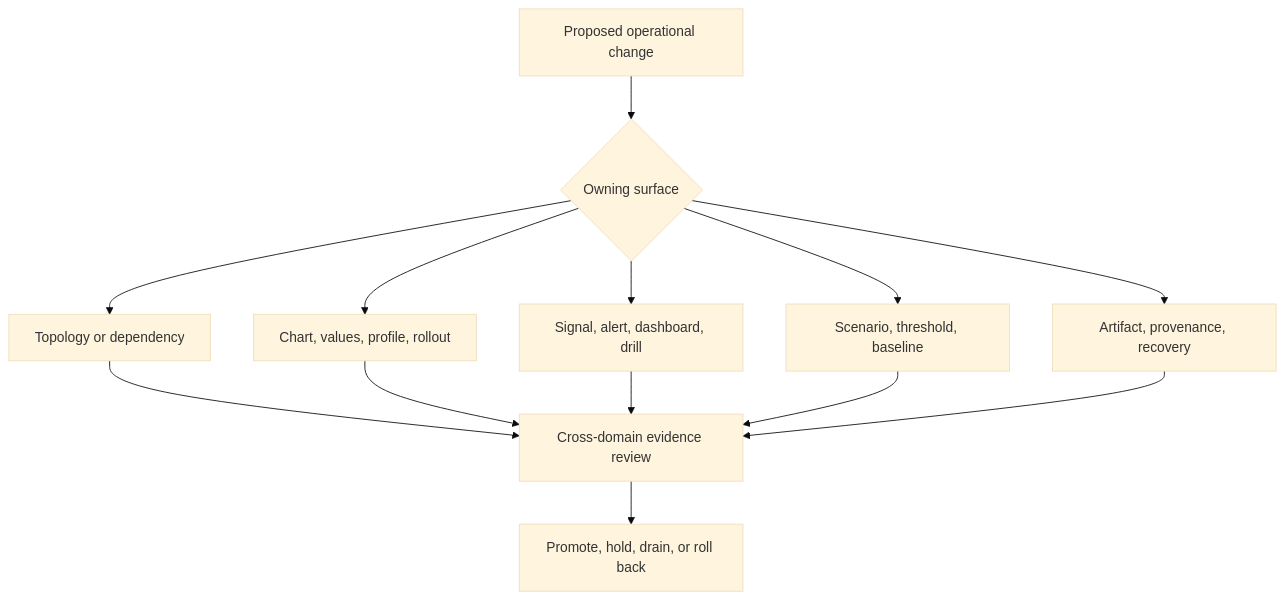
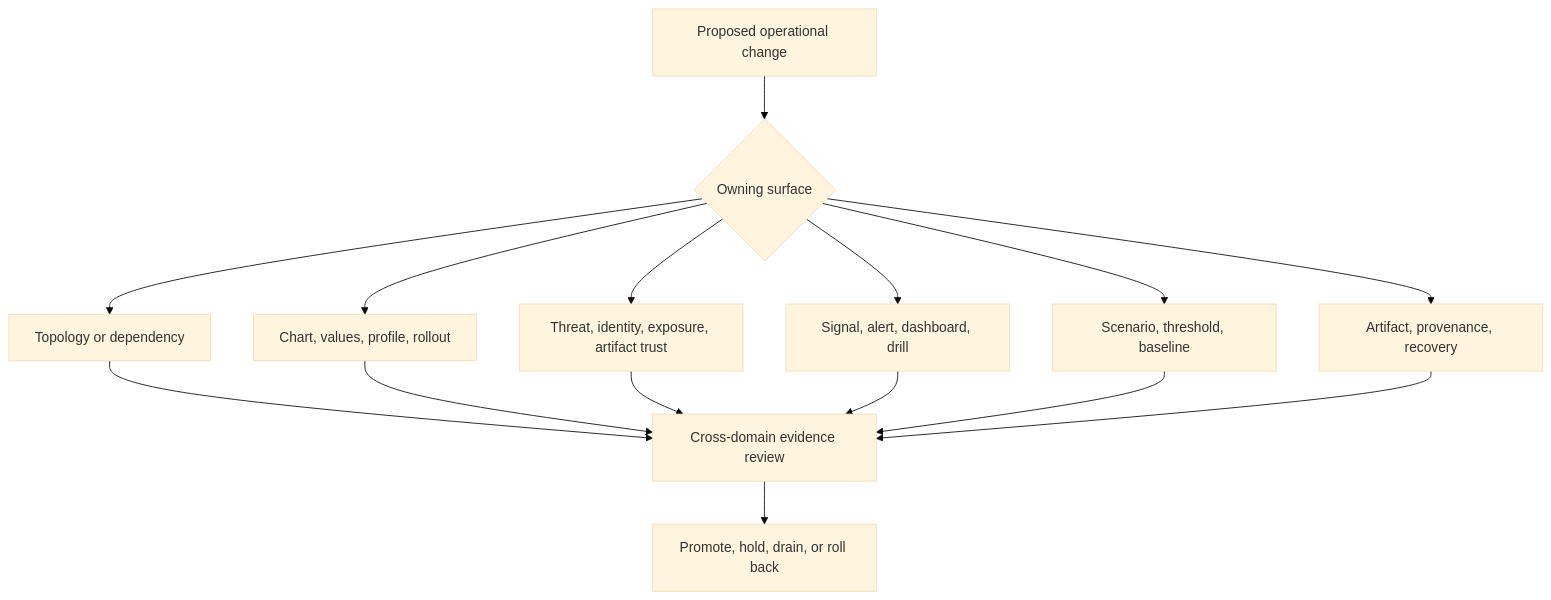
The fourth of 4 diagrams in docs/bijux-atlas-ops/index.md (bijux/bijux-atlas), drawn with Mermaid (base theme) before and after one commit. The commit also changed other lines of this file and 3 other files, not shown here.

Commit message:
docs(security): establish threat control handbook

````diff
--- a/docs/bijux-atlas-ops/index.md
+++ b/docs/bijux-atlas-ops/index.md
@@ -193,15 +200,17 @@
 ```mermaid
 flowchart TD
     Change[Proposed operational change] --> Scope{Owning surface}
     Scope --> Stack[Topology or dependency]
     Scope --> K8s[Chart, values, profile, rollout]
+    Scope --> Security[Threat, identity, exposure, artifact trust]
     Scope --> Observe[Signal, alert, dashboard, drill]
     Scope --> Load[Scenario, threshold, baseline]
     Scope --> Release[Artifact, provenance, recovery]
     Stack --> Cross[Cross-domain evidence review]
     K8s --> Cross
+    Security --> Cross
     Observe --> Cross
     Load --> Cross
     Release --> Cross
     Cross --> Decision[Promote, hold, drain, or roll back]
 ```
````
